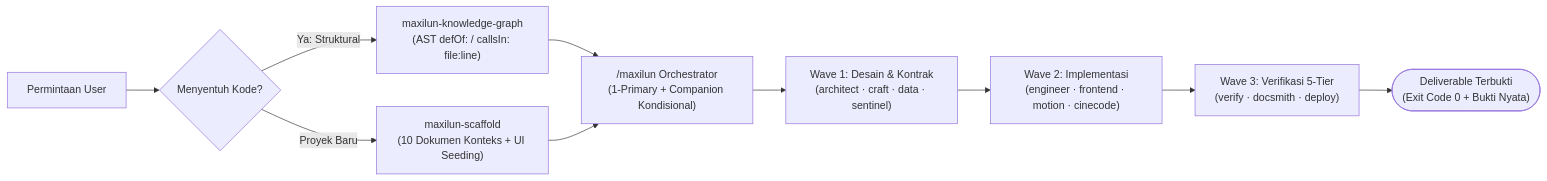
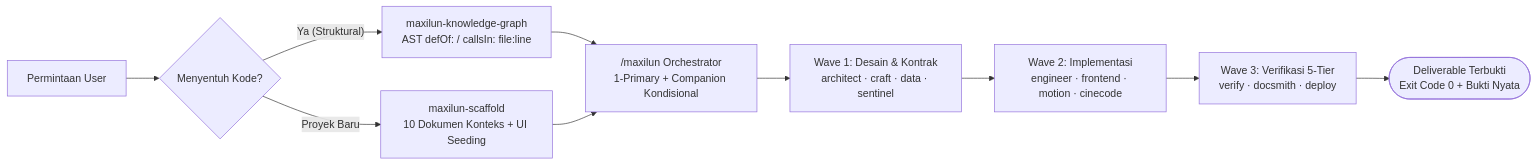
One commit to giriedu/maxilun changed the first of 2 diagrams in README.id.md. Above: the diagram before and after it, drawn with Mermaid. The commit also changed other lines of this file and 2 other files, not shown here.

Commit message:
feat: release v2.3.0 with multi-skill motion video studio, reference corpora, and visual benchmarks

````diff
--- a/README.id.md
+++ b/README.id.md
@@ -66,13 +64,13 @@
 ```mermaid
 flowchart LR
     Prompt["Permintaan User"] --> KG{"Menyentuh Kode?"}
-    KG -->|Ya: Struktural| Graph["maxilun-knowledge-graph\n(AST defOf: / callsIn: file:line)"]
-    KG -->|Proyek Baru| Scaf["maxilun-scaffold\n(10 Dokumen Konteks + UI Seeding)"]
-    Graph --> Route["/maxilun Orchestrator\n(1-Primary + Companion Kondisional)"]
+    KG -->|"Ya (Struktural)"| Graph["maxilun-knowledge-graph<br/>AST defOf: / callsIn: file:line"]
+    KG -->|"Proyek Baru"| Scaf["maxilun-scaffold<br/>10 Dokumen Konteks + UI Seeding"]
+    Graph --> Route["/maxilun Orchestrator<br/>1-Primary + Companion Kondisional"]
     Scaf --> Route
 
-    Route --> W1["Wave 1: Desain & Kontrak\n(architect · craft · data · sentinel)"]
-    W1 --> W2["Wave 2: Implementasi\n(engineer · frontend · motion · cinecode)"]
-    W2 --> W3["Wave 3: Verifikasi 5-Tier\n(verify · docsmith · deploy)"]
-    W3 --> Ship(["Deliverable Terbukti\n(Exit Code 0 + Bukti Nyata)"])
+    Route --> W1["Wave 1: Desain & Kontrak<br/>architect · craft · data · sentinel"]
+    W1 --> W2["Wave 2: Implementasi<br/>engineer · frontend · motion · cinecode"]
+    W2 --> W3["Wave 3: Verifikasi 5-Tier<br/>verify · docsmith · deploy"]
+    W3 --> Ship(["Deliverable Terbukti<br/>Exit Code 0 + Bukti Nyata"])
 ```
````
